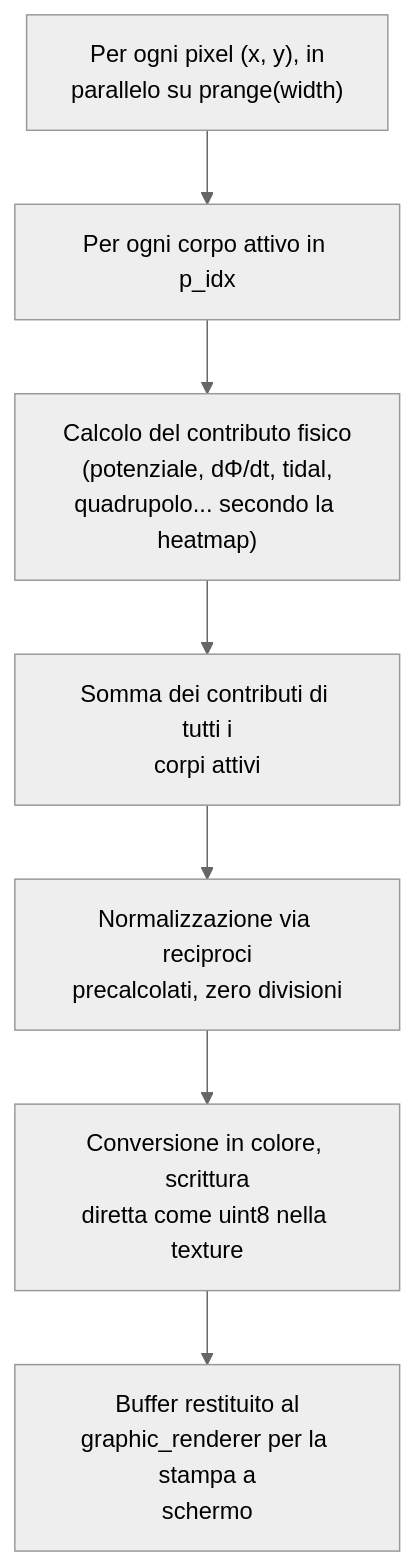
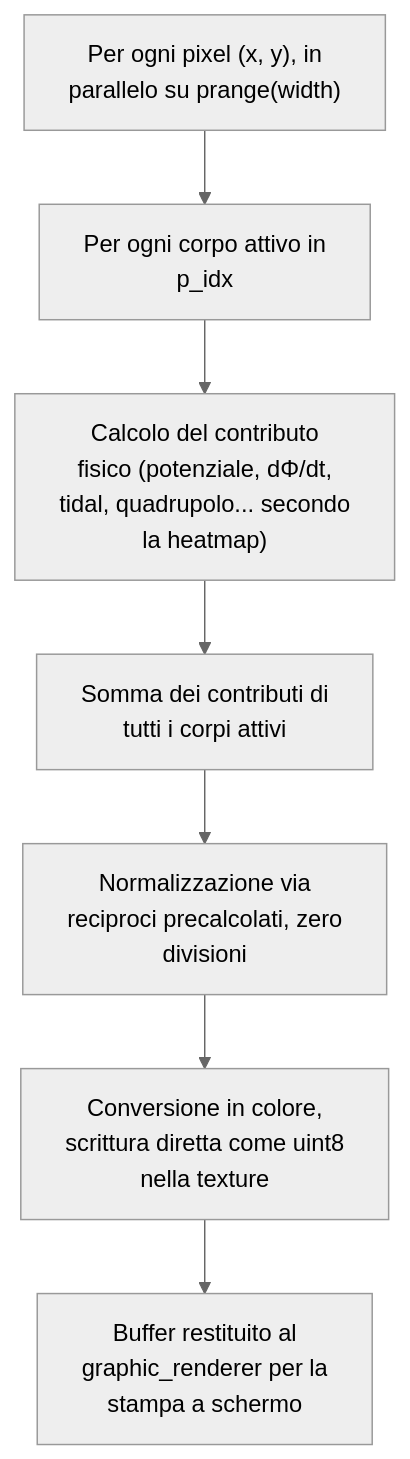
The fourth of 11 diagrams in ARCHITECTURE_DEEP_DIVE.it.md (alessandro-pioli/AstroCausal_Engine), drawn with Mermaid (neutral theme) before and after one commit. The commit also changed other lines of this file and 2 other files, not shown here.

Commit message:
docs: leggibilita dei diagrammi e igiene del gitignore

````diff
--- a/ARCHITECTURE_DEEP_DIVE.it.md
+++ b/ARCHITECTURE_DEEP_DIVE.it.md
@@ -413,9 +413,9 @@
 ```mermaid
 flowchart TD
-    A["Per ogni pixel (x, y), in<br/>parallelo su prange(width)"] --> B["Per ogni corpo attivo in p_idx"]
-    B --> C["Calcolo del contributo fisico<br/>(potenziale, dΦ/dt, tidal,<br/>quadrupolo... secondo la heatmap)"]
-    C --> D["Somma dei contributi di tutti i<br/>corpi attivi"]
-    D --> E["Normalizzazione via reciproci<br/>precalcolati, zero divisioni"]
-    E --> F["Conversione in colore, scrittura<br/>diretta come uint8 nella texture"]
-    F --> G["Buffer restituito al<br/>graphic_renderer per la stampa a<br/>schermo"]
+    A["Per ogni pixel (x, y), in<br/>parallelo su prange(width)"] --> B["Per ogni corpo attivo in<br/>p_idx"]
+    B --> C["Calcolo del contributo<br/>fisico (potenziale, dΦ/dt,<br/>tidal, quadrupolo... secondo<br/>la heatmap)"]
+    C --> D["Somma dei contributi di<br/>tutti i corpi attivi"]
+    D --> E["Normalizzazione via<br/>reciproci precalcolati, zero<br/>divisioni"]
+    E --> F["Conversione in colore,<br/>scrittura diretta come uint8<br/>nella texture"]
+    F --> G["Buffer restituito al<br/>graphic_renderer per la<br/>stampa a schermo"]
 ```
````
